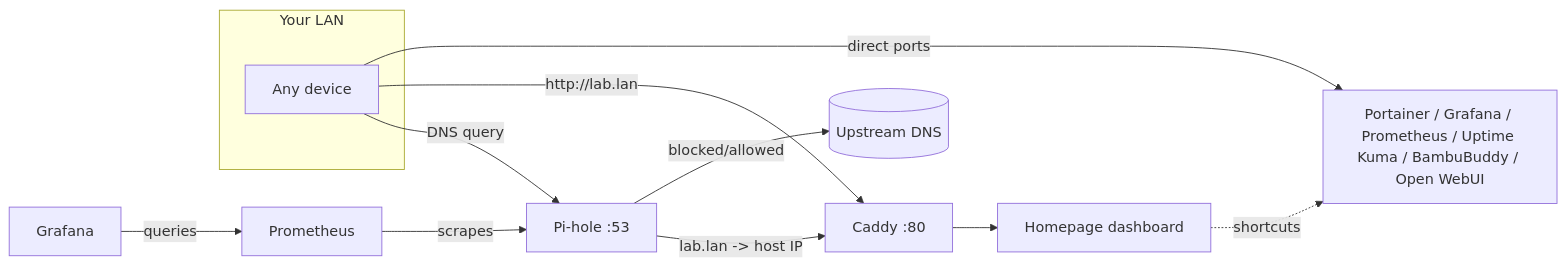
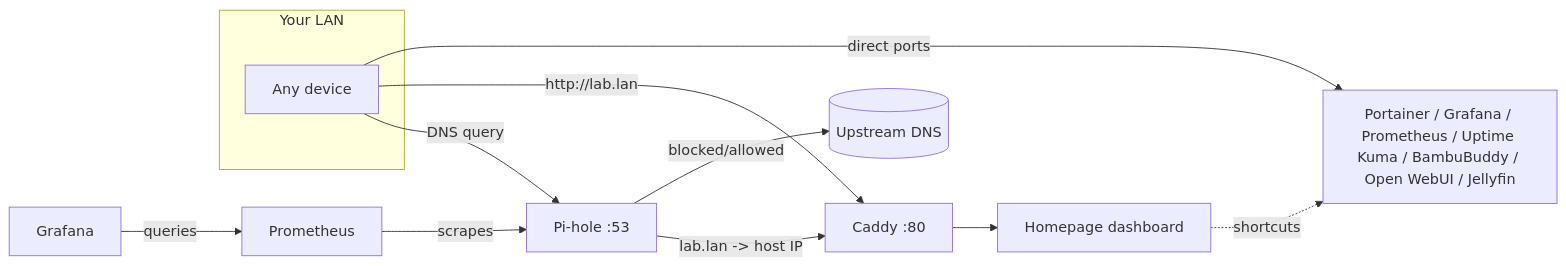
Before and after one commit to imfronto/fednet: the diagram in README.md, drawn with Mermaid. The commit also changed other lines of this file and 6 other files, not shown here.

````diff
--- a/README.md
+++ b/README.md
@@ -91,19 +93,19 @@
 ```mermaid
 flowchart LR
     subgraph LAN["Your LAN"]
         Client[Any device]
     end
 
     Client -- "DNS query" --> Pihole[Pi-hole :53]
     Client -- "http://lab.lan" --> Caddy[Caddy :80]
-    Client -- "direct ports" --> Other[Portainer / Grafana / Prometheus / Uptime Kuma / BambuBuddy / Open WebUI]
+    Client -- "direct ports" --> Other[Portainer / Grafana / Prometheus / Uptime Kuma / BambuBuddy / Open WebUI / Jellyfin]
 
     Pihole -- "lab.lan -> host IP" --> Caddy
     Pihole -- "blocked/allowed" --> Upstream[(Upstream DNS)]
 
     Caddy --> Homepage[Homepage dashboard]
     Homepage -.shortcuts.-> Other
 
     Prometheus[Prometheus] -- scrapes --> Pihole
     Grafana[Grafana] -- queries --> Prometheus
 ```
````
